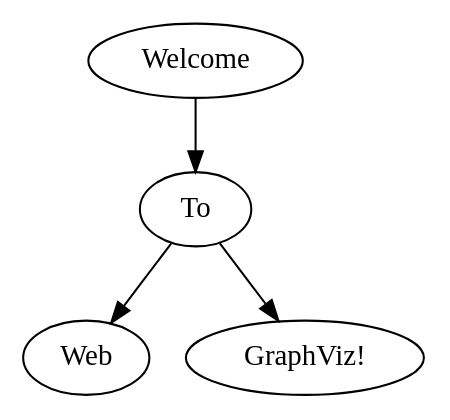
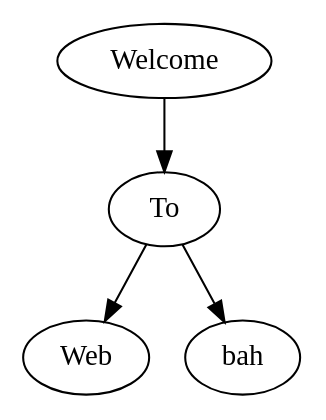
Before and after one commit to treeman/jonashietala: the diagram in graphviz/test.dot, drawn with Graphviz. The commit also changed 5 other files, not shown here.

Commit message:
Reload for graphvis files working

```diff
--- a/graphviz/test.dot
+++ b/graphviz/test.dot
@@ -1,5 +1,5 @@
 digraph G {
     "Welcome" -> "To"
     "To" -> "Web"
-    "To" -> "GraphViz!"
+    "To" -> "bah"
 }
```
